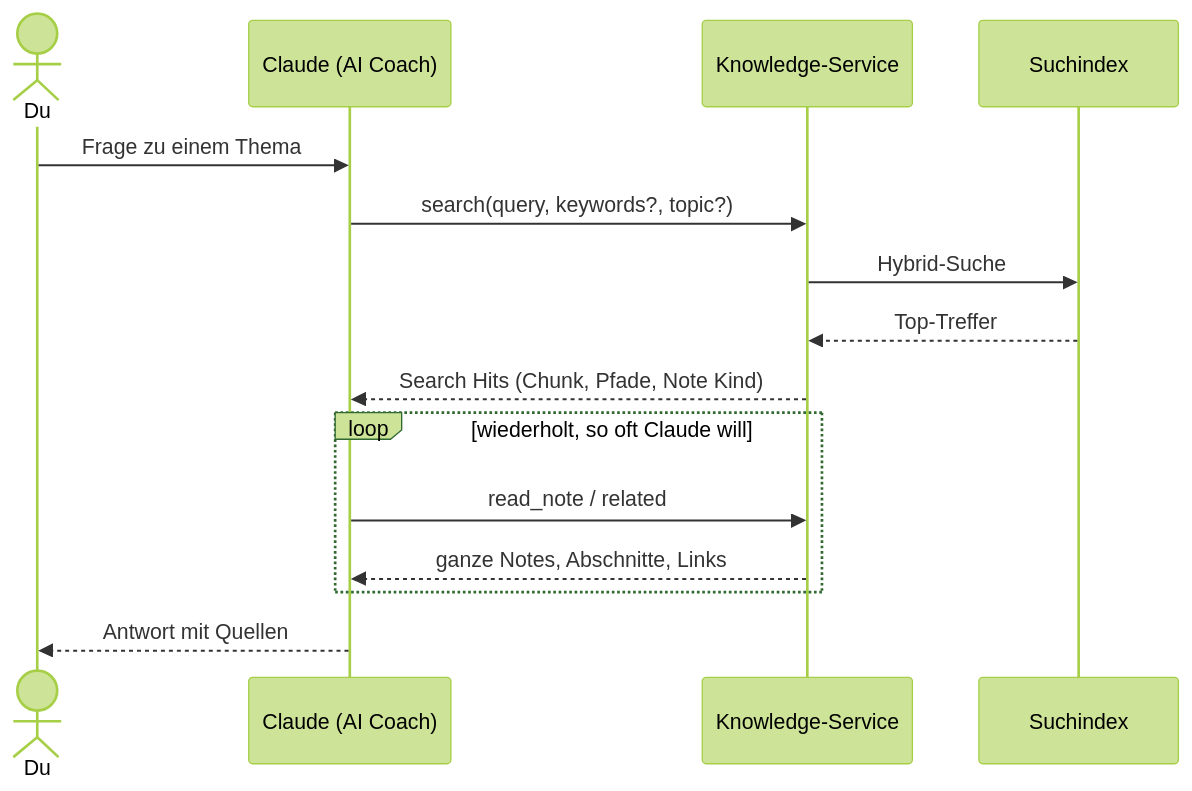
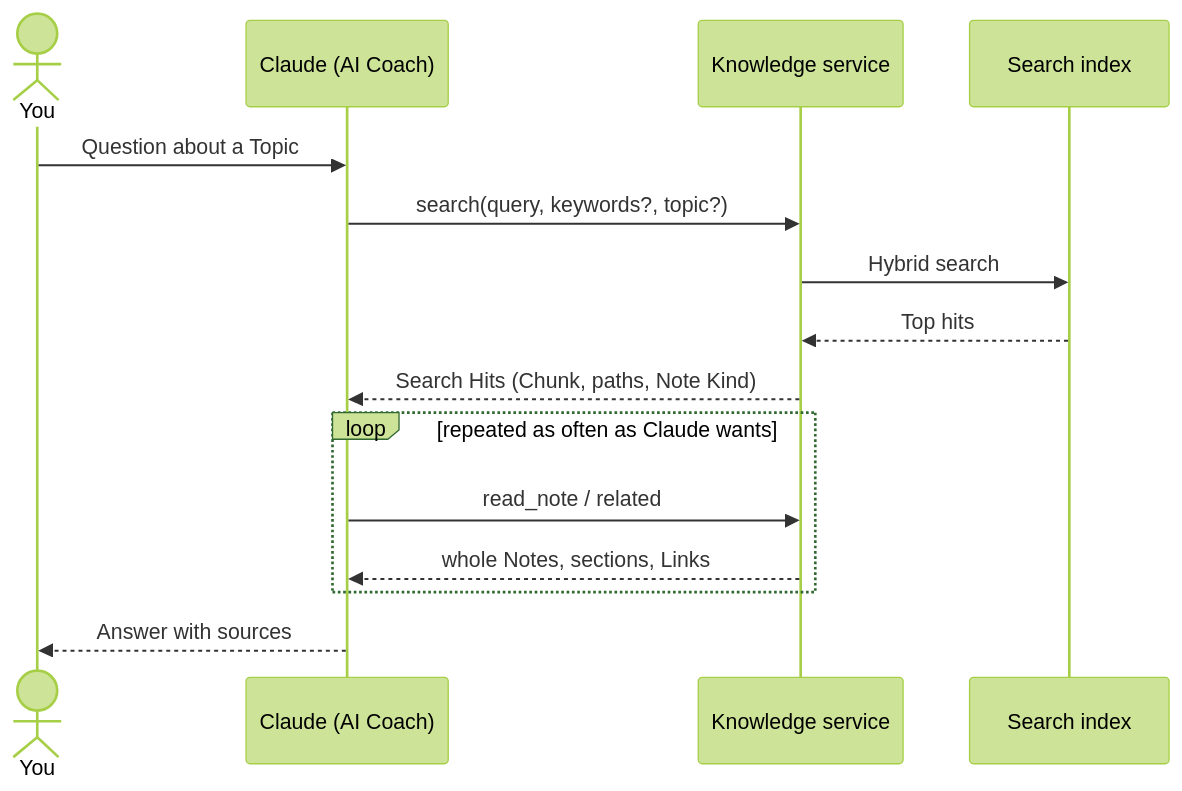
Before and after one commit to Luca-Blum/obsidian-knowledge-mcp: the second of 3 diagrams in docs/architecture.md, drawn with Mermaid (forest theme). The commit also changed other lines of this file and 1 other file, not shown here.

First line of the commit message:
Translate the architecture overview to English

````diff
--- a/docs/architecture.md
+++ b/docs/architecture.md
@@ -147,17 +147,17 @@
 ```mermaid
 sequenceDiagram
-    actor Du
+    actor You
     participant Claude as Claude (AI Coach)
-    participant KS as Knowledge-Service
-    participant Index as Suchindex
-    Du->>Claude: Frage zu einem Thema
+    participant KS as Knowledge service
+    participant Index as Search index
+    You->>Claude: Question about a Topic
     Claude->>KS: search(query, keywords?, topic?)
-    KS->>Index: Hybrid-Suche
-    Index-->>KS: Top-Treffer
-    KS-->>Claude: Search Hits (Chunk, Pfade, Note Kind)
-    loop wiederholt, so oft Claude will
+    KS->>Index: Hybrid search
+    Index-->>KS: Top hits
+    KS-->>Claude: Search Hits (Chunk, paths, Note Kind)
+    loop repeated as often as Claude wants
         Claude->>KS: read_note / related
-        KS-->>Claude: ganze Notes, Abschnitte, Links
+        KS-->>Claude: whole Notes, sections, Links
     end
-    Claude-->>Du: Antwort mit Quellen
+    Claude-->>You: Answer with sources
 ```
````
